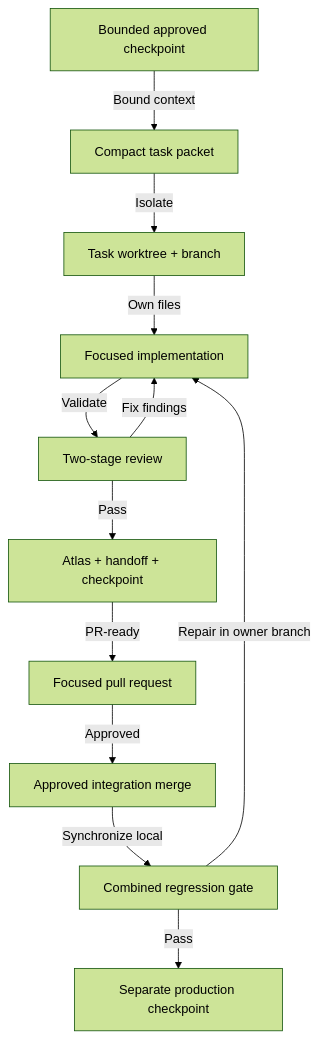
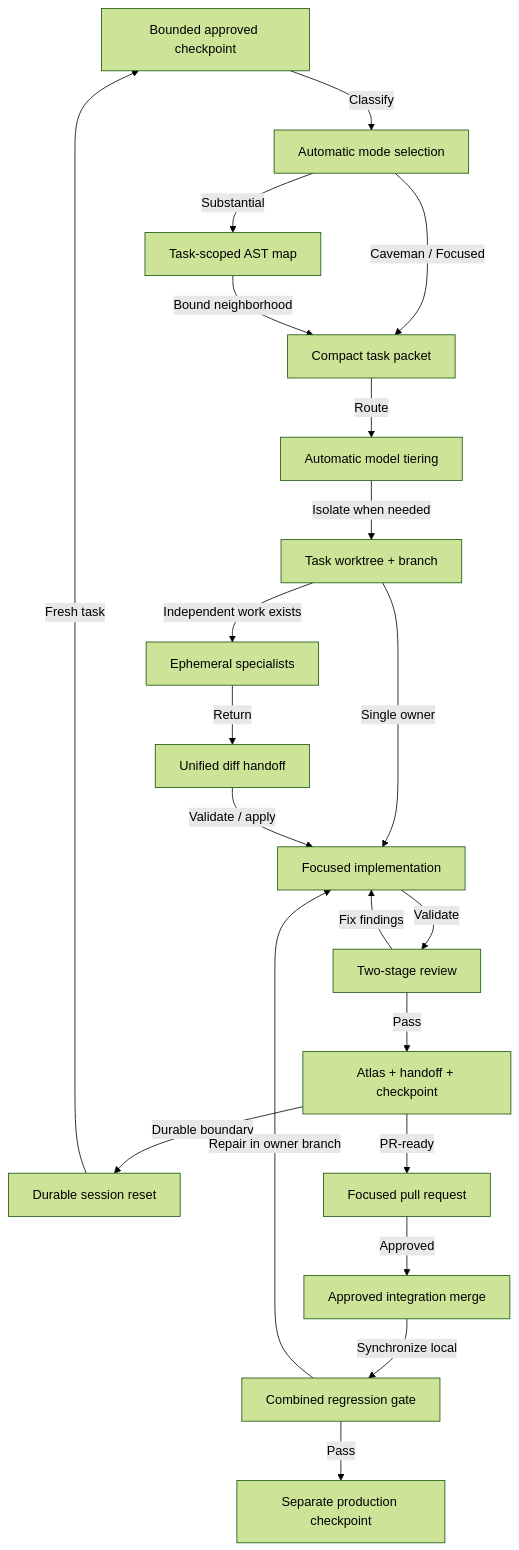
Before and after one commit to missionode/lite: diagram 29 of 33 in docs/app-map/FLOW-REFERENCE.md, drawn with Mermaid (forest theme). The commit also changed other lines of this file and 14 other files, not shown here.

````diff
--- a/docs/app-map/FLOW-REFERENCE.md
+++ b/docs/app-map/FLOW-REFERENCE.md
@@ -1324,24 +1331,39 @@
 ```mermaid
 flowchart TD
   scope["Bounded approved checkpoint"]
+  mode["Automatic mode selection"]
+  ast["Task-scoped AST map"]
   context["Compact task packet"]
   sandbox["Task worktree + branch"]
+  agents["Ephemeral specialists"]
+  diff["Unified diff handoff"]
+  tier["Automatic model tiering"]
   implement["Focused implementation"]
   review["Two-stage review"]
   sync["Atlas + handoff + checkpoint"]
+  reset["Durable session reset"]
   pr["Focused pull request"]
   merge["Approved integration merge"]
   regress["Combined regression gate"]
   release["Separate production checkpoint"]
-  scope -->|"Bound context"| context
-  context -->|"Isolate"| sandbox
-  sandbox -->|"Own files"| implement
+  scope -->|"Classify"| mode
+  mode -->|"Substantial"| ast
+  mode -->|"Caveman / Focused"| context
+  ast -->|"Bound neighborhood"| context
+  context -->|"Route"| tier
+  tier -->|"Isolate when needed"| sandbox
+  sandbox -->|"Independent work exists"| agents
+  sandbox -->|"Single owner"| implement
+  agents -->|"Return"| diff
+  diff -->|"Validate / apply"| implement
   implement -->|"Validate"| review
   review -->|"Fix findings"| implement
   review -->|"Pass"| sync
+  sync -->|"Durable boundary"| reset
   sync -->|"PR-ready"| pr
+  reset -->|"Fresh task"| scope
   pr -->|"Approved"| merge
   merge -->|"Synchronize local"| regress
   regress -->|"Repair in owner branch"| implement
   regress -->|"Pass"| release
 ```
````
